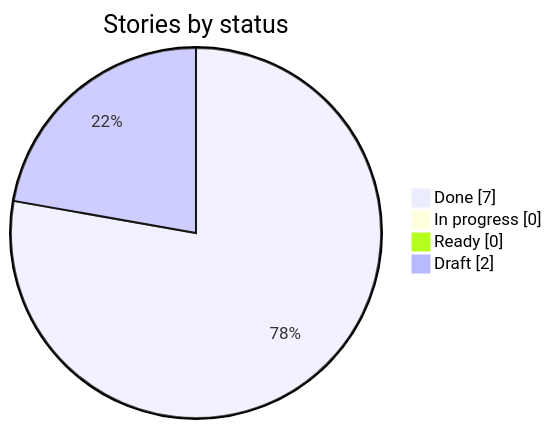
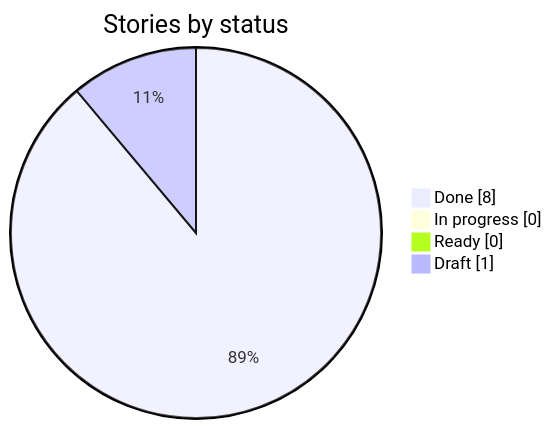
The first of 2 diagrams in docs/progress.md (HebaGaber/oracle-property-intelligence-platform-pipeline-travis-tx), drawn with Mermaid before and after one commit. The commit also changed other lines of this file and 2 other files, not shown here.

````diff
--- a/docs/progress.md
+++ b/docs/progress.md
@@ -9,7 +9,7 @@
 ```mermaid
 pie showData title Stories by status
-  "Done" : 7
+  "Done" : 8
   "In progress" : 0
   "Ready" : 0
-  "Draft" : 2
+  "Draft" : 1
 ```
````
